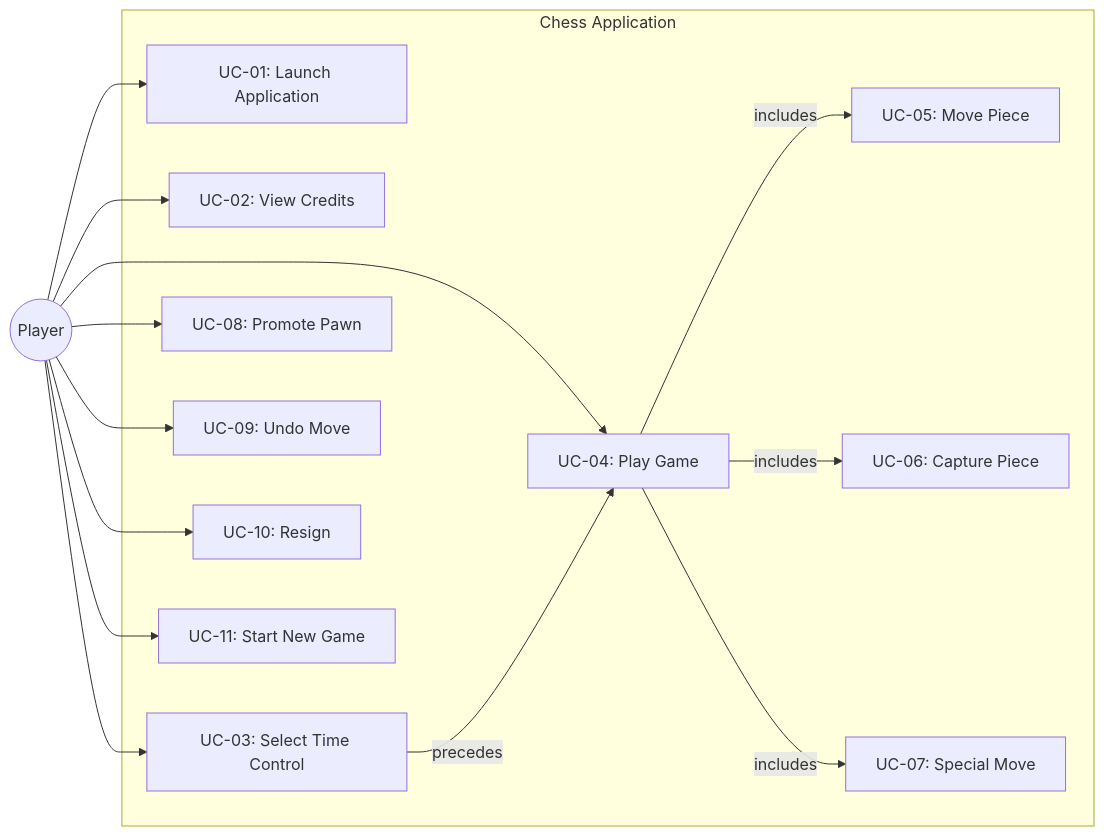
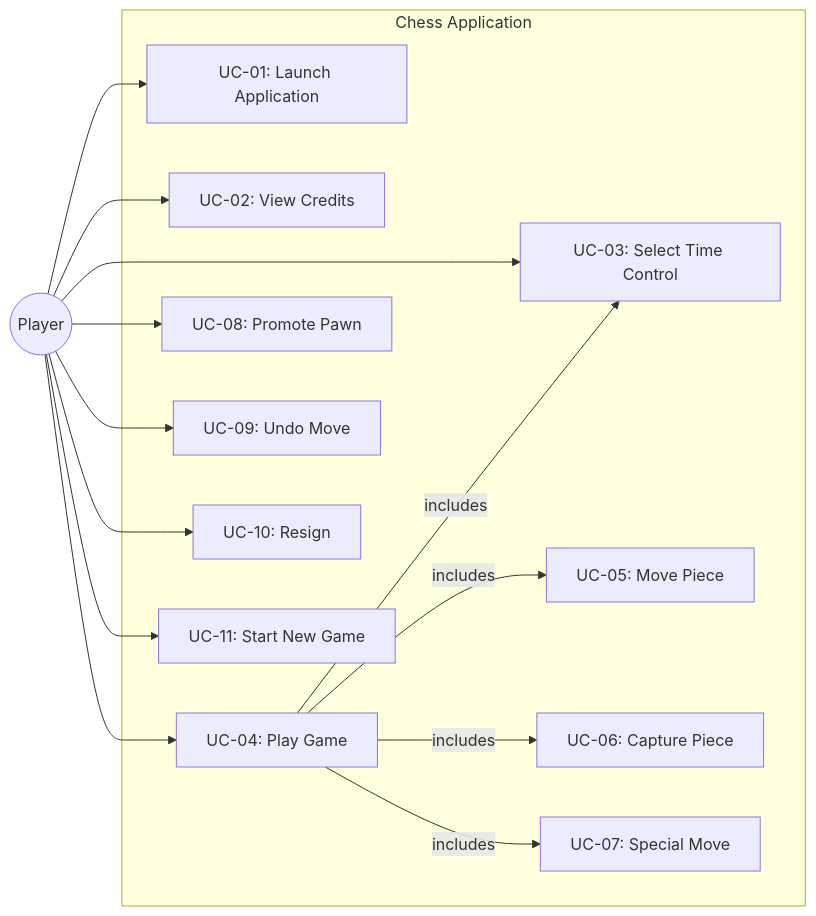
One commit to Mazeh18/CIS-553-Chess changed the diagram in docs/use-case-model.md. Above: the diagram before and after it, drawn with Mermaid. The commit also changed 5 other files, not shown here.

First line of the commit message:
Address PR #5 review comments: update docs for piece images, UML fix, Main Menu button

````diff
--- a/docs/use-case-model.md
+++ b/docs/use-case-model.md
@@ -13,32 +13,32 @@
 ```mermaid
 graph LR
     Player((Player))
 
     subgraph Chess Application
         UC01[UC-01: Launch Application]
         UC02[UC-02: View Credits]
         UC03[UC-03: Select Time Control]
         UC04[UC-04: Play Game]
         UC05[UC-05: Move Piece]
         UC06[UC-06: Capture Piece]
         UC07[UC-07: Special Move]
         UC08[UC-08: Promote Pawn]
         UC09[UC-09: Undo Move]
         UC10[UC-10: Resign]
         UC11[UC-11: Start New Game]
     end
 
     Player --> UC01
     Player --> UC02
     Player --> UC03
     Player --> UC04
     Player --> UC08
     Player --> UC09
     Player --> UC10
     Player --> UC11
 
-    UC03 -->|precedes| UC04
+    UC04 -->|includes| UC03
     UC04 -->|includes| UC05
     UC04 -->|includes| UC06
     UC04 -->|includes| UC07
 ```
````
